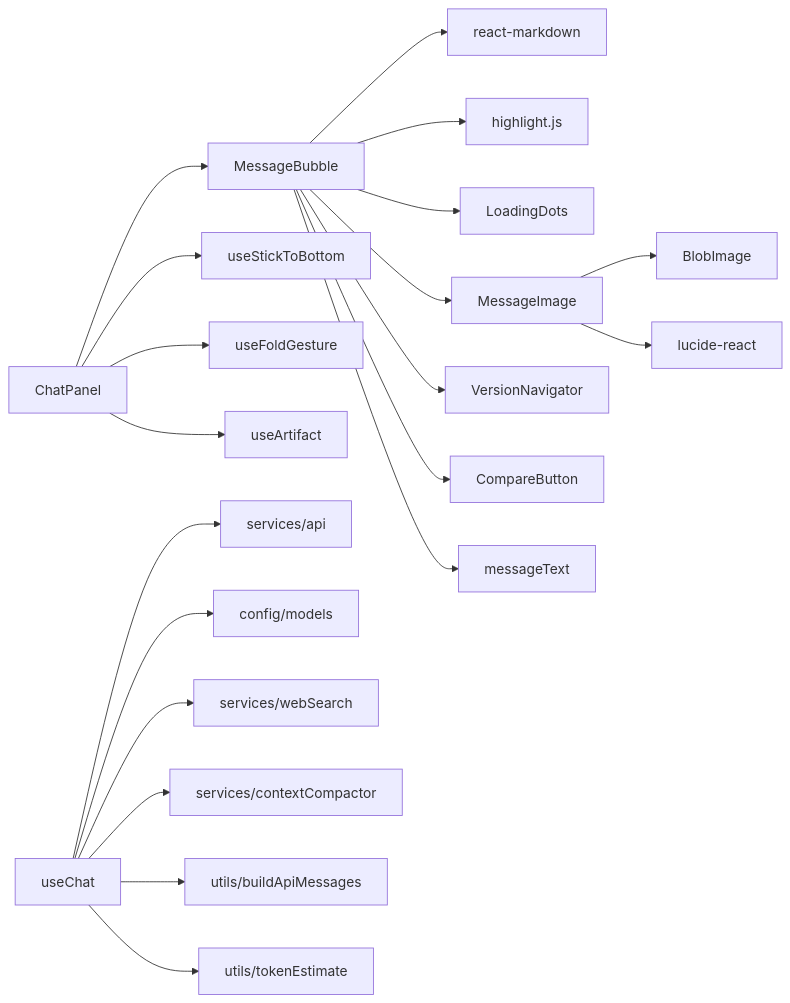
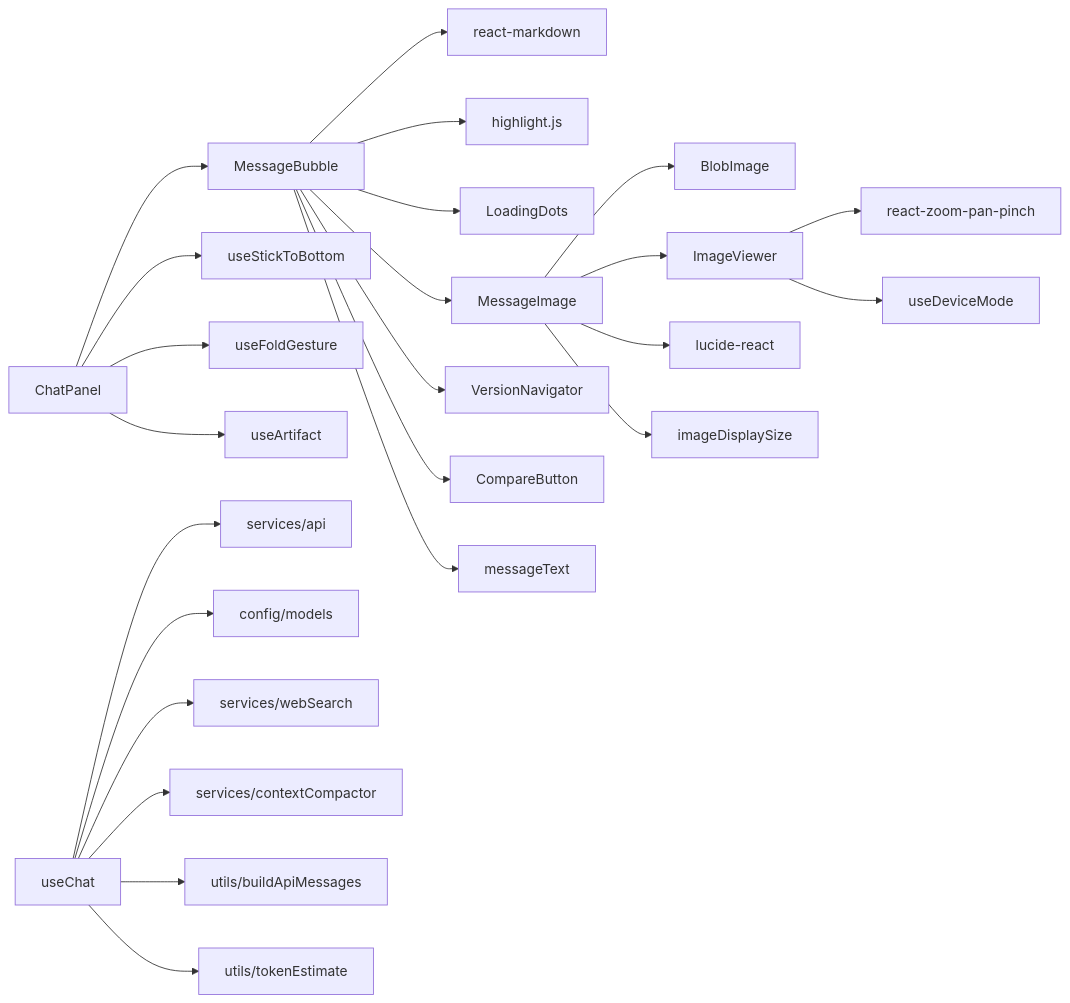
The ninth of 9 diagrams in .qoder/repowiki/zh/content/架构设计/组件架构设计/功能面板组件/聊天面板组件/消息渲染系统.md (billye220670/AIShop), drawn with Mermaid before and after one commit. The commit also changed other lines of this file and 40 other files, not shown here.

````diff
--- a/.qoder/repowiki/zh/content/架构设计/组件架构设计/功能面板组件/聊天面板组件/消息渲染系统.md
+++ b/.qoder/repowiki/zh/content/架构设计/组件架构设计/功能面板组件/聊天面板组件/消息渲染系统.md
@@ -453,22 +557,26 @@
 ```mermaid
 graph LR
 MB["MessageBubble"] --> RM["react-markdown"]
 MB --> HL["highlight.js"]
 MB --> LD["LoadingDots"]
 MB --> MI["MessageImage"]
 MB --> VN["VersionNavigator"]
 MB --> CB["CompareButton"]
 MB --> UT["messageText"]
 MI --> BI["BlobImage"]
+MI --> IV["ImageViewer"]
 MI --> IR["lucide-react"]
+MI --> IDS["imageDisplaySize"]
+IV --> RZPP["react-zoom-pan-pinch"]
+IV --> DM["useDeviceMode"]
 CP["ChatPanel"] --> STB["useStickToBottom"]
 CP --> FG["useFoldGesture"]
 CP --> UA["useArtifact"]
 CP --> MB
 UC["useChat"] --> API["services/api"]
 UC --> CM["config/models"]
 UC --> WS["services/webSearch"]
 UC --> CC["services/contextCompactor"]
 UC --> BAM["utils/buildApiMessages"]
 UC --> TE["utils/tokenEstimate"]
 ```
````
